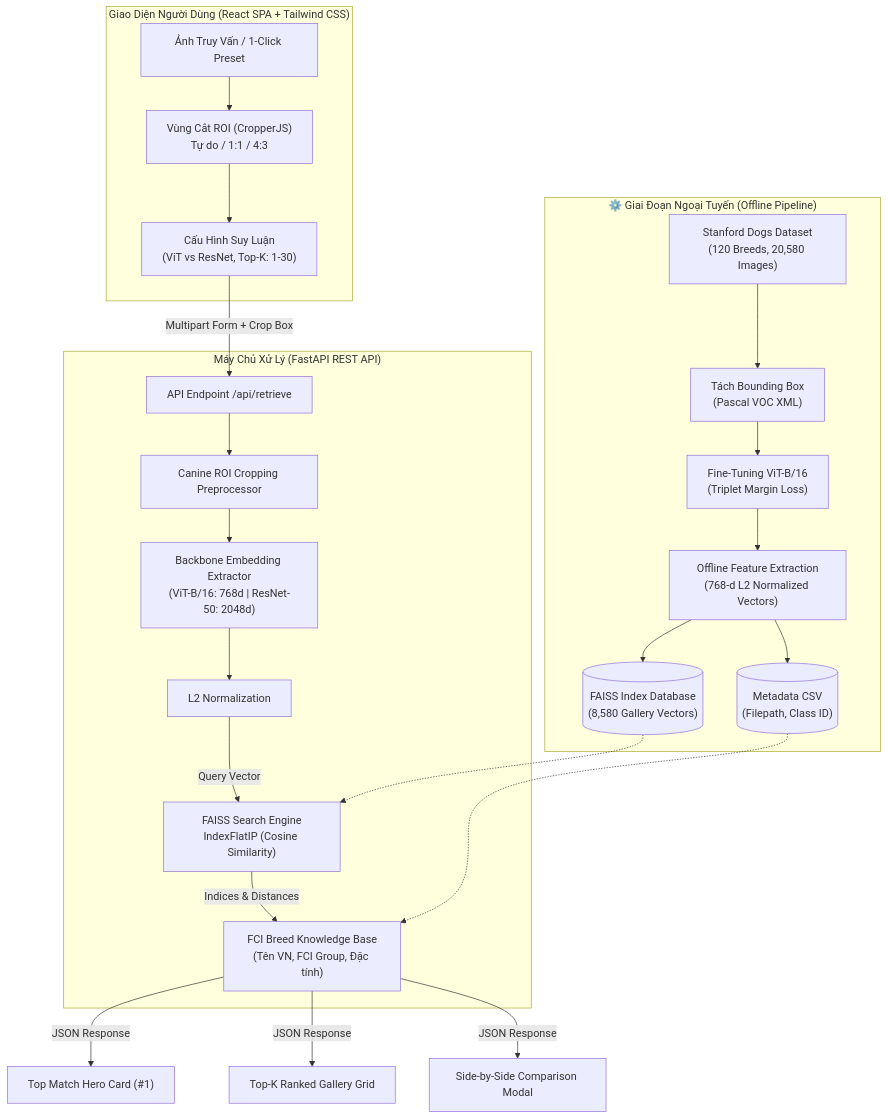
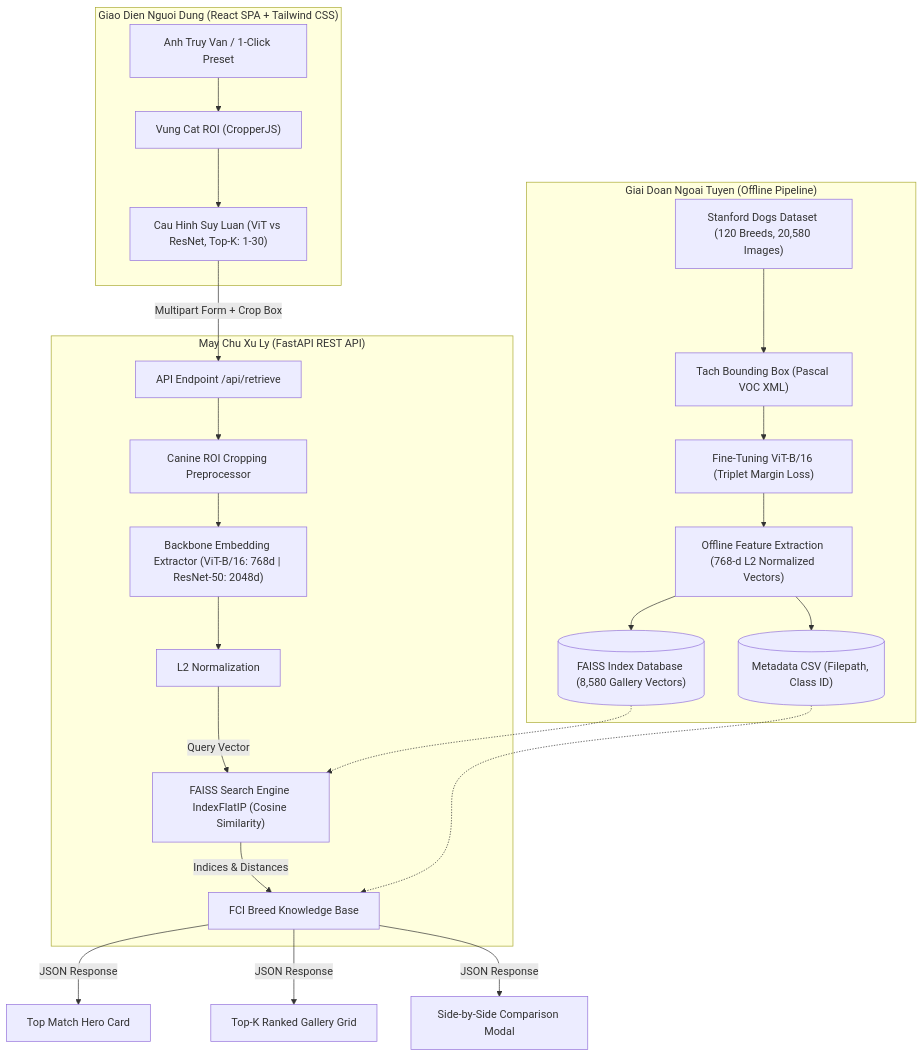
Before and after one commit to nguyenquanghuy2k5/dog-breed-identification-vit: the diagram in readme.md, drawn with Mermaid. The commit also changed other lines of this file, not shown here.

````diff
--- a/readme.md
+++ b/readme.md
@@ -43,34 +40,34 @@
 ```mermaid
 flowchart TD
-    subgraph OFFLINE ["⚙️ Giai Đoạn Ngoại Tuyến (Offline Pipeline)"]
-        D1["Stanford Dogs Dataset<br/>(120 Breeds, 20,580 Images)"] --> D2["Tách Bounding Box<br/>(Pascal VOC XML)"]
-        D2 --> D3["Fine-Tuning ViT-B/16<br/>(Triplet Margin Loss)"]
-        D3 --> D4["Offline Feature Extraction<br/>(768-d L2 Normalized Vectors)"]
-        D4 --> D5[("FAISS Index Database<br/>(8,580 Gallery Vectors)")]
-        D4 --> D6[("Metadata CSV<br/>(Filepath, Class ID)")]
+    subgraph OFFLINE ["Giai Doan Ngoai Tuyen (Offline Pipeline)"]
+        D1["Stanford Dogs Dataset (120 Breeds, 20,580 Images)"] --> D2["Tach Bounding Box (Pascal VOC XML)"]
+        D2 --> D3["Fine-Tuning ViT-B/16 (Triplet Margin Loss)"]
+        D3 --> D4["Offline Feature Extraction (768-d L2 Normalized Vectors)"]
+        D4 --> D5[("FAISS Index Database (8,580 Gallery Vectors)")]
+        D4 --> D6[("Metadata CSV (Filepath, Class ID)")]
     end
 
-    subgraph CLIENT ["Giao Diện Người Dùng (React SPA + Tailwind CSS)"]
-        U1["Ảnh Truy Vấn / 1-Click Preset"] --> U2["Vùng Cắt ROI (CropperJS)<br/>Tự do / 1:1 / 4:3"]
-        U2 --> U3["Cấu Hình Suy Luận<br/>(ViT vs ResNet, Top-K: 1-30)"]
+    subgraph CLIENT ["Giao Dien Nguoi Dung (React SPA + Tailwind CSS)"]
+        U1["Anh Truy Van / 1-Click Preset"] --> U2["Vung Cat ROI (CropperJS)"]
+        U2 --> U3["Cau Hinh Suy Luan (ViT vs ResNet, Top-K: 1-30)"]
     end
 
-    subgraph SERVER ["Máy Chủ Xử Lý (FastAPI REST API)"]
+    subgraph SERVER ["May Chu Xu Ly (FastAPI REST API)"]
         S1["API Endpoint /api/retrieve"]
         S2["Canine ROI Cropping Preprocessor"]
-        S3["Backbone Embedding Extractor<br/>(ViT-B/16: 768d | ResNet-50: 2048d)"]
+        S3["Backbone Embedding Extractor (ViT-B/16: 768d | ResNet-50: 2048d)"]
         S4["L2 Normalization"]
-        S5["FAISS Search Engine<br/>IndexFlatIP (Cosine Similarity)"]
-        S6["FCI Breed Knowledge Base<br/>(Tên VN, FCI Group, Đặc tính)"]
+        S5["FAISS Search Engine IndexFlatIP (Cosine Similarity)"]
+        S6["FCI Breed Knowledge Base"]
     end
 
     U3 -->|Multipart Form + Crop Box| S1
     S1 --> S2 --> S3 --> S4
     S4 -->|Query Vector| S5
     D5 -.-> S5
     D6 -.-> S6
     S5 -->|Indices & Distances| S6
-    S6 -->|JSON Response| R1["Top Match Hero Card (#1)"]
+    S6 -->|JSON Response| R1["Top Match Hero Card"]
     S6 -->|JSON Response| R2["Top-K Ranked Gallery Grid"]
     S6 -->|JSON Response| R3["Side-by-Side Comparison Modal"]
 ```
````
